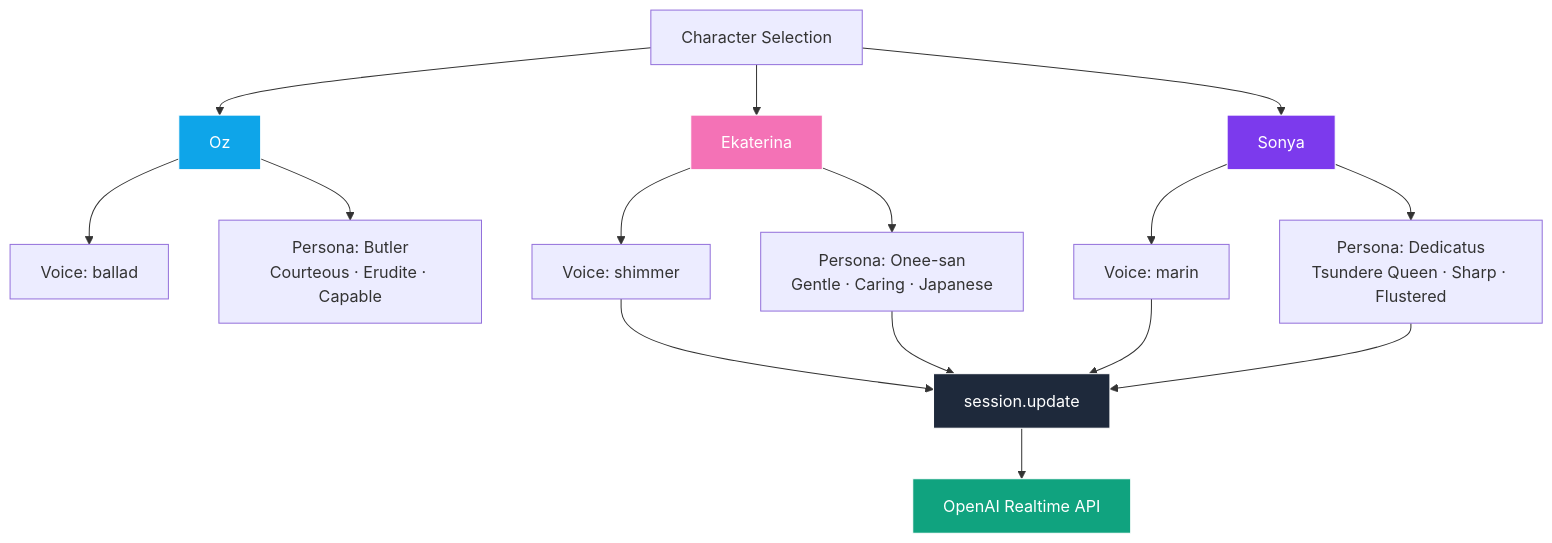
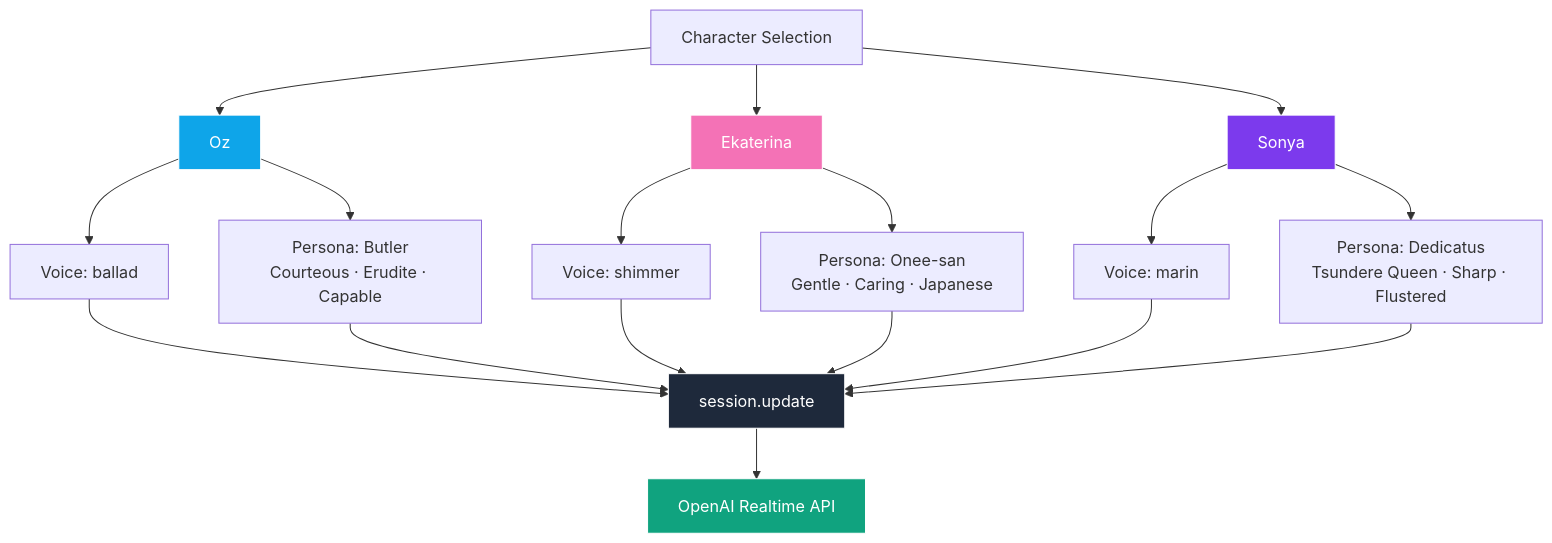
The second of 3 diagrams in README.md (kevinliddel/NeuraLink), drawn with Mermaid before and after one commit. The commit also changed other lines of this file and 241 other files, not shown here.

````diff
--- a/README.md
+++ b/README.md
@@ -189,30 +227,32 @@
 ```mermaid
 graph TD
     Select[Character Selection]
 
     Select --> Oz[Oz]
     Select --> Ekaterina[Ekaterina]
     Select --> Sonya[Sonya]
 
     Oz --> OV[Voice: ballad]
     Oz --> OP[Persona: Butler\nCourteous · Erudite · Capable]
 
     Ekaterina --> EV[Voice: shimmer]
     Ekaterina --> EP[Persona: Onee-san\nGentle · Caring · Japanese]
 
     Sonya --> SV[Voice: marin]
     Sonya --> SP[Persona: Dedicatus\nTsundere Queen · Sharp · Flustered]
 
-    EV --> Session[session.update]
+    OV --> Session[session.update]
+    OP --> Session
+    EV --> Session
     EP --> Session
     SV --> Session
     SP --> Session
 
     Session --> OpenAI[OpenAI Realtime API]
 
     style Ekaterina fill:#f472b6,stroke:#fff,color:#fff
     style Sonya fill:#7c3aed,stroke:#fff,color:#fff
     style Oz fill:#0ea5e9,stroke:#fff,color:#fff
     style OpenAI fill:#10a37f,stroke:#fff,color:#fff
     style Session fill:#1e293b,stroke:#fff,color:#fff
 ```
````
